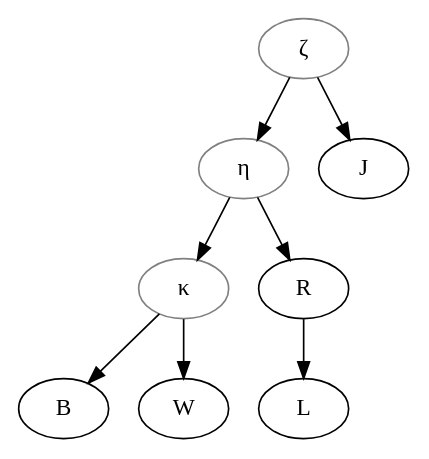
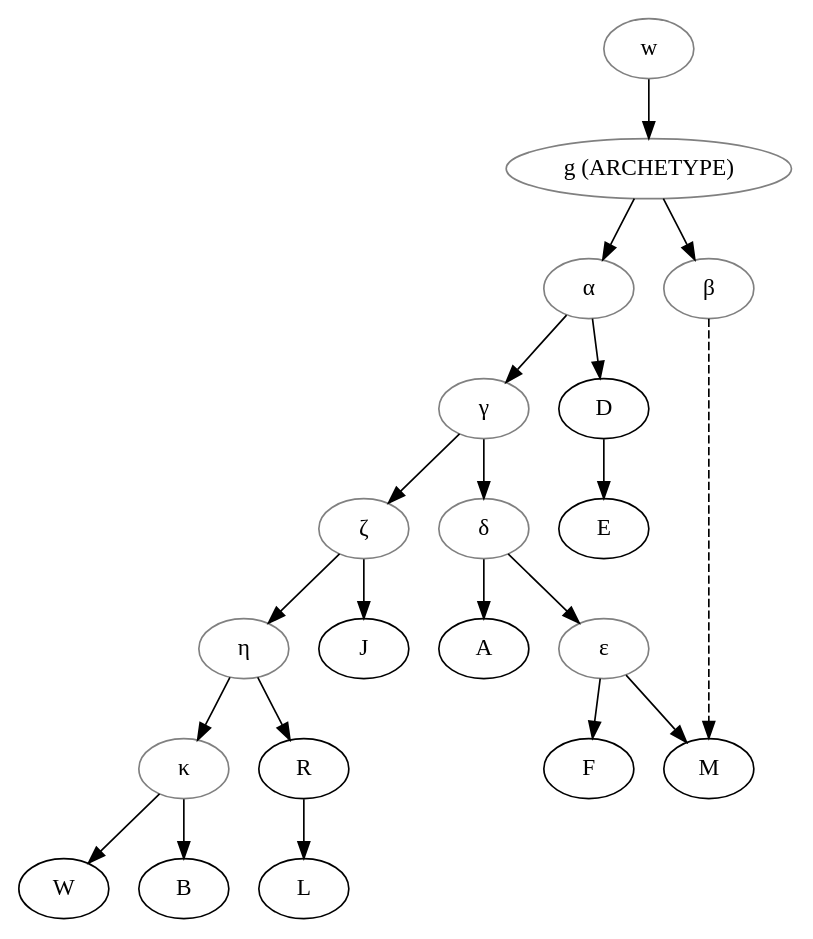
One commit to OpenStemmata/database changed the diagram in data/wlm/Rejhon_1984_Canroland3/stemma.gv. Above: the diagram before and after it, drawn with Graphviz.

```diff
--- a/data/wlm/Rejhon_1984_Canroland3/stemma.gv
+++ b/data/wlm/Rejhon_1984_Canroland3/stemma.gv
@@ -1,14 +1,36 @@
 digraph {
 
+    w[color="grey"];
+    g[color="grey", label="g (ARCHETYPE)"];
+    alpha[color="grey", label="α"];
+    gamma[color="grey", label="γ"];
+    delta[color="grey", label="δ"];
     zeta[color="grey", label="ζ"];
     eta[color="grey", label="η"];
+    
     kappa[color="grey", label="κ"];
+    epsilon[color="grey", label="ε"];
+    beta[color="grey", label="β"];
+
+    w -> g;
+    g -> alpha;
+    g -> beta;
+    beta -> M [style="dashed"];
+    alpha -> gamma;
+    alpha -> D;
+    D -> E;
+    gamma -> delta;
+    gamma -> zeta;
+    delta -> A;
+    delta -> epsilon;
+    epsilon -> M;
+    epsilon -> F;
     zeta -> J;
     zeta -> eta;
     eta -> kappa;
+    kappa -> B;
+    kappa -> W;
     eta -> R;
     R -> L;
-    kappa -> B;
-    kappa -> W;
-
+    
 }
```
